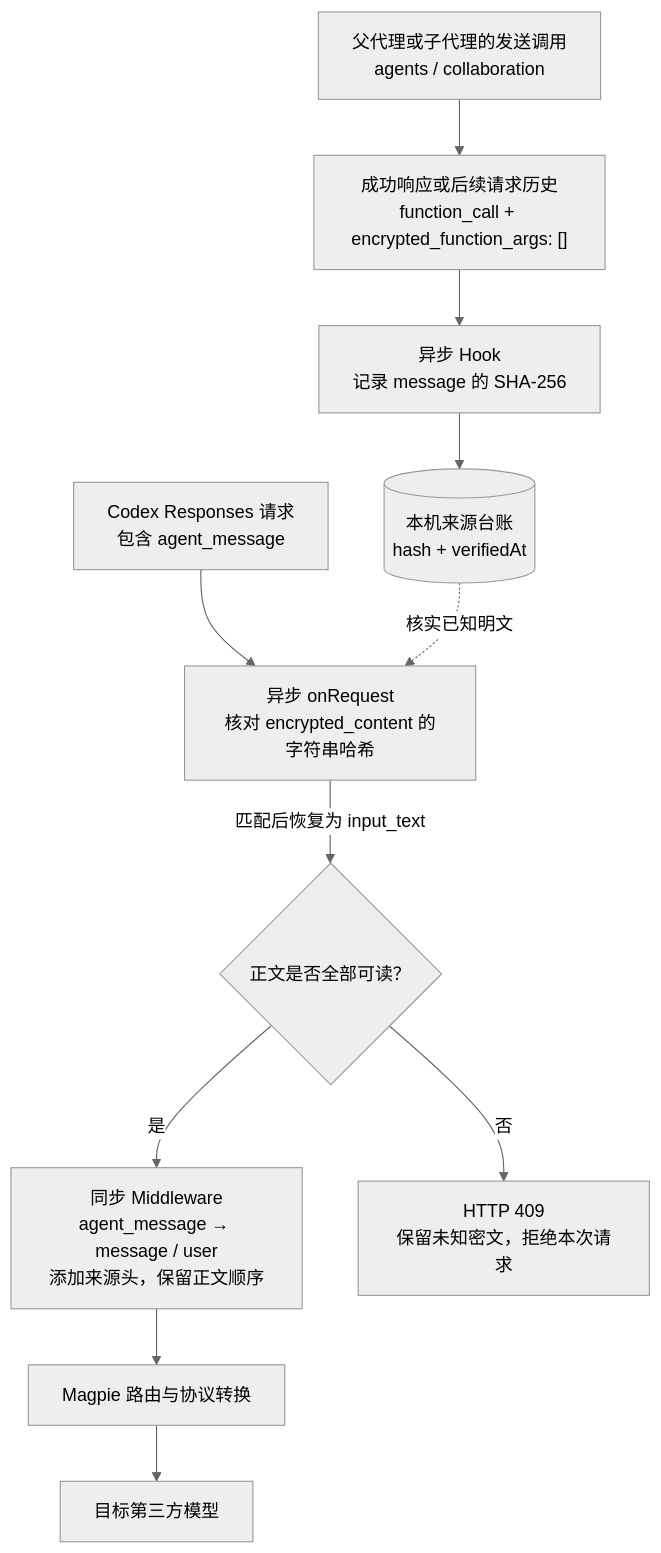
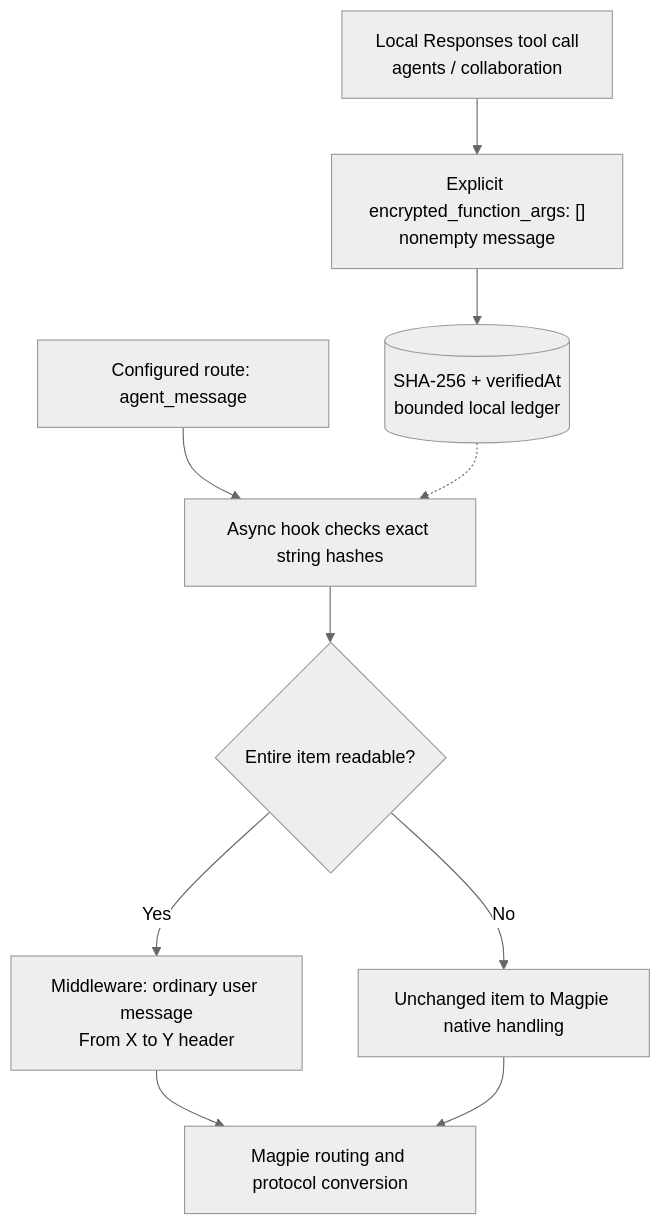
The diagram in packages/agent-message-compat/README.md (magpie-community/plugins), drawn with Mermaid (neutral theme) before and after one commit. The commit also changed other lines of this file and 12 other files, not shown here.

Commit message:
Revise Agent Message Compat: opt-in hooks, native fallback and bounded provenance

````diff
--- a/packages/agent-message-compat/README.md
+++ b/packages/agent-message-compat/README.md
@@ -21,21 +57,12 @@
 ```mermaid
 flowchart TD
-    Source["父代理或子代理的发送调用<br/>agents / collaboration"]
-    Evidence["成功响应或后续请求历史<br/>function_call + encrypted_function_args: []"]
-    Hash["异步 Hook<br/>记录 message 的 SHA-256"]
-    Ledger[("本机来源台账<br/>hash + verifiedAt")]
-    Request["Codex Responses 请求<br/>包含 agent_message"]
-    Hook["异步 onRequest<br/>核对 encrypted_content 的字符串哈希"]
-    Check{"正文是否全部可读？"}
-    Middleware["同步 Middleware<br/>agent_message → message / user<br/>添加来源头，保留正文顺序"]
-    Error["HTTP 409<br/>保留未知密文，拒绝本次请求"]
-    Gateway["Magpie 路由与协议转换"]
-    Model["目标第三方模型"]
-
-    Source --> Evidence --> Hash --> Ledger
-    Request --> Hook
-    Ledger -. "核实已知明文" .-> Hook
-    Hook -->|"匹配后恢复为 input_text"| Check
-    Check -->|是| Middleware --> Gateway --> Model
-    Check -->|否| Error
+    Source["Local Responses tool call<br/>agents / collaboration"] --> Evidence["Explicit encrypted_function_args: []<br/>nonempty message"]
+    Evidence --> Ledger[("SHA-256 + verifiedAt<br/>bounded local ledger")]
+    Request["Configured route: agent_message"] --> Hook["Async hook checks exact string hashes"]
+    Ledger -.-> Hook
+    Hook --> Check{"Entire item readable?"}
+    Check -->|Yes| Convert["Middleware: ordinary user message<br/>From X to Y header"]
+    Check -->|No| Native["Unchanged item to Magpie native handling"]
+    Convert --> Gateway["Magpie routing and protocol conversion"]
+    Native --> Gateway
 ```
````
